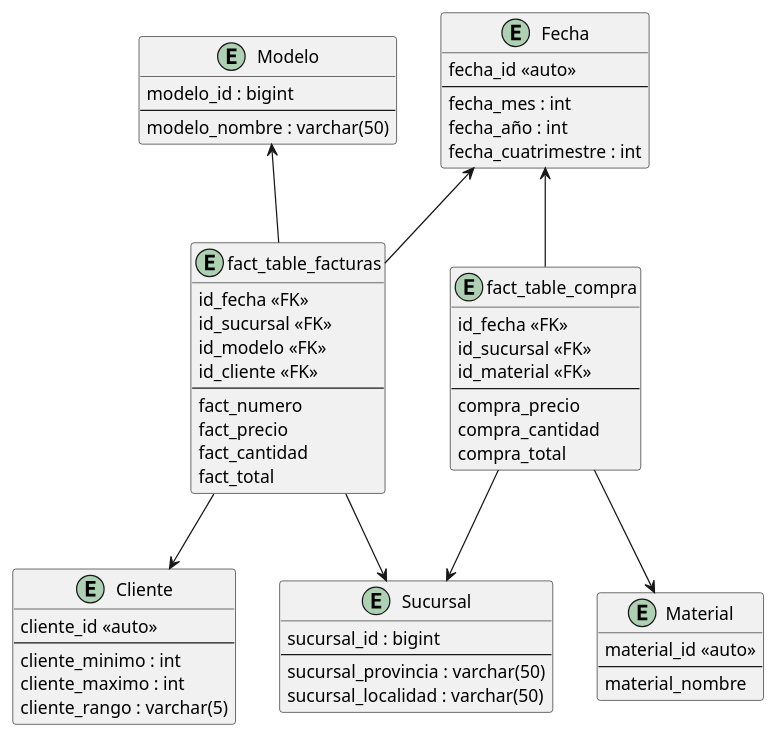
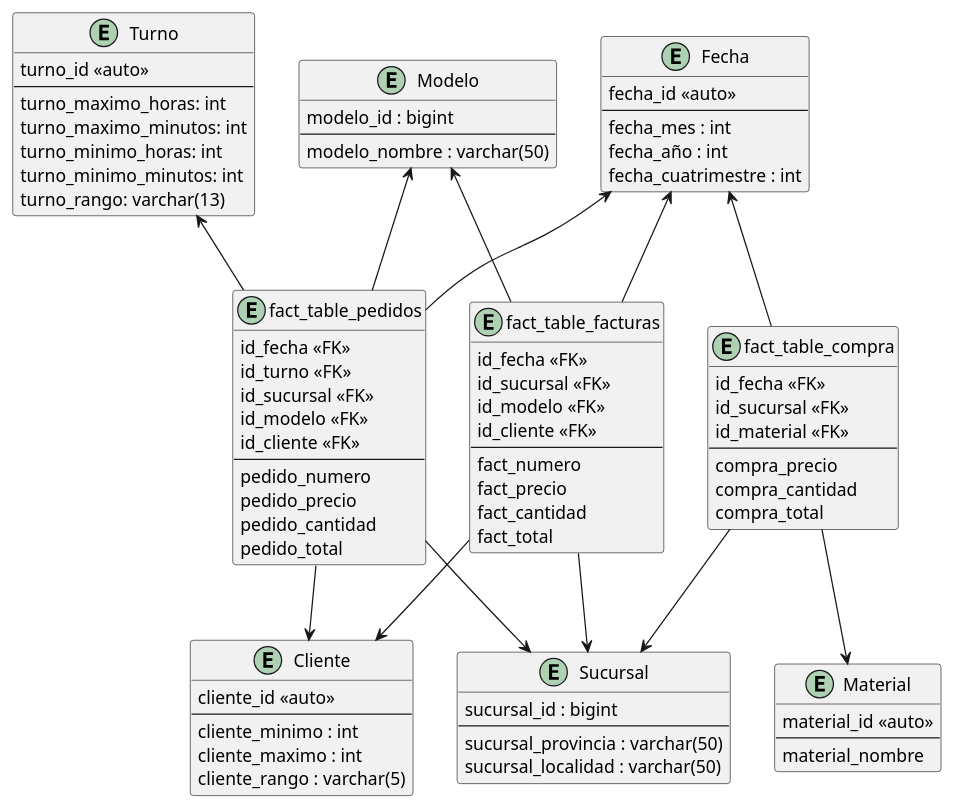
Before and after one commit to JuanManuelRama/BasesDeDatos: the diagram in BI.puml, drawn with PlantUML. The commit also changed 1 other file, not shown here.

Commit message:
Dimension Turno y Fact Table de Pedidos

```diff
--- a/BI.puml
+++ b/BI.puml
@@ -1,73 +1,102 @@
 @startuml BI
 hide methods
 
 entity Sucursal {
     sucursal_id : bigint
     --
     sucursal_provincia : varchar(50)
     sucursal_localidad : varchar(50)
 }
 
 entity Cliente {
     cliente_id <<auto>>
     --
     cliente_minimo : int
     cliente_maximo : int
     cliente_rango : varchar(5)
 }
 
 entity Modelo {
     modelo_id : bigint
     --
     modelo_nombre : varchar(50)
 }
 
 entity Fecha {
     fecha_id <<auto>>
     --
     fecha_mes : int
     fecha_año : int
     fecha_cuatrimestre : int
 }
 
 entity Material {
     material_id <<auto>>
     --
     material_nombre
 }
 
+entity Turno {
+    turno_id <<auto>>
+    --
+    turno_maximo_horas: int
+    turno_maximo_minutos: int
+    turno_minimo_horas: int
+    turno_minimo_minutos: int
+    turno_rango: varchar(13)
+}
+
 entity fact_table_facturas {
     id_fecha <<FK>>
     id_sucursal <<FK>>
     id_modelo <<FK>>
     id_cliente <<FK>>
     --
     fact_numero
     fact_precio
     fact_cantidad
     fact_total
 }
 
 entity fact_table_compra {
     id_fecha <<FK>>
     id_sucursal <<FK>>
     id_material <<FK>>
     --
     compra_precio
     compra_cantidad
     compra_total
 }
 
+entity fact_table_pedidos {
+    id_fecha <<FK>>
+    id_turno <<FK>>
+    id_sucursal <<FK>>
+    id_modelo <<FK>>
+    id_cliente <<FK>>
+    --
+    pedido_numero
+    pedido_precio
+    pedido_cantidad
+    pedido_total
+}
+
 fact_table_facturas --> Cliente
 fact_table_facturas --> Sucursal
 Fecha <-- fact_table_facturas
 Modelo <-- fact_table_facturas
 
 Fecha <-- fact_table_compra
 fact_table_compra --> Sucursal
 fact_table_compra --> Material
 
+fact_table_pedidos --> Cliente
+fact_table_pedidos --> Sucursal
+Fecha <-- fact_table_pedidos
+Modelo <-- fact_table_pedidos
+Turno <-- fact_table_pedidos
+
 
 
 
 @enduml
```
